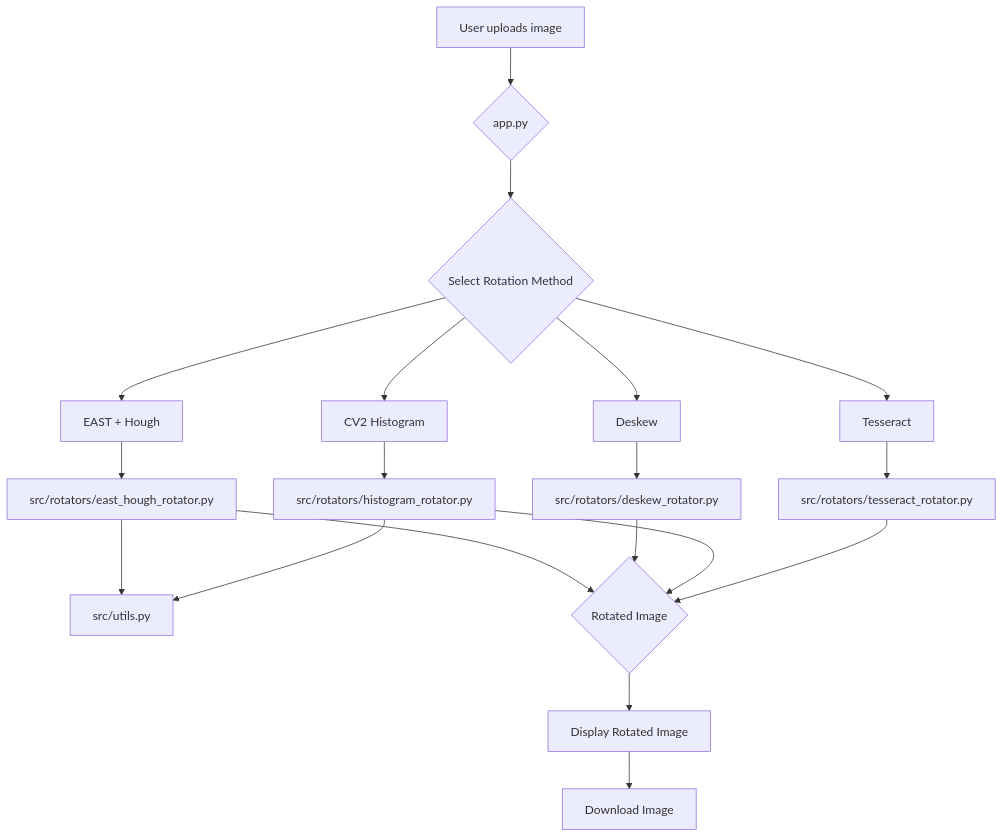
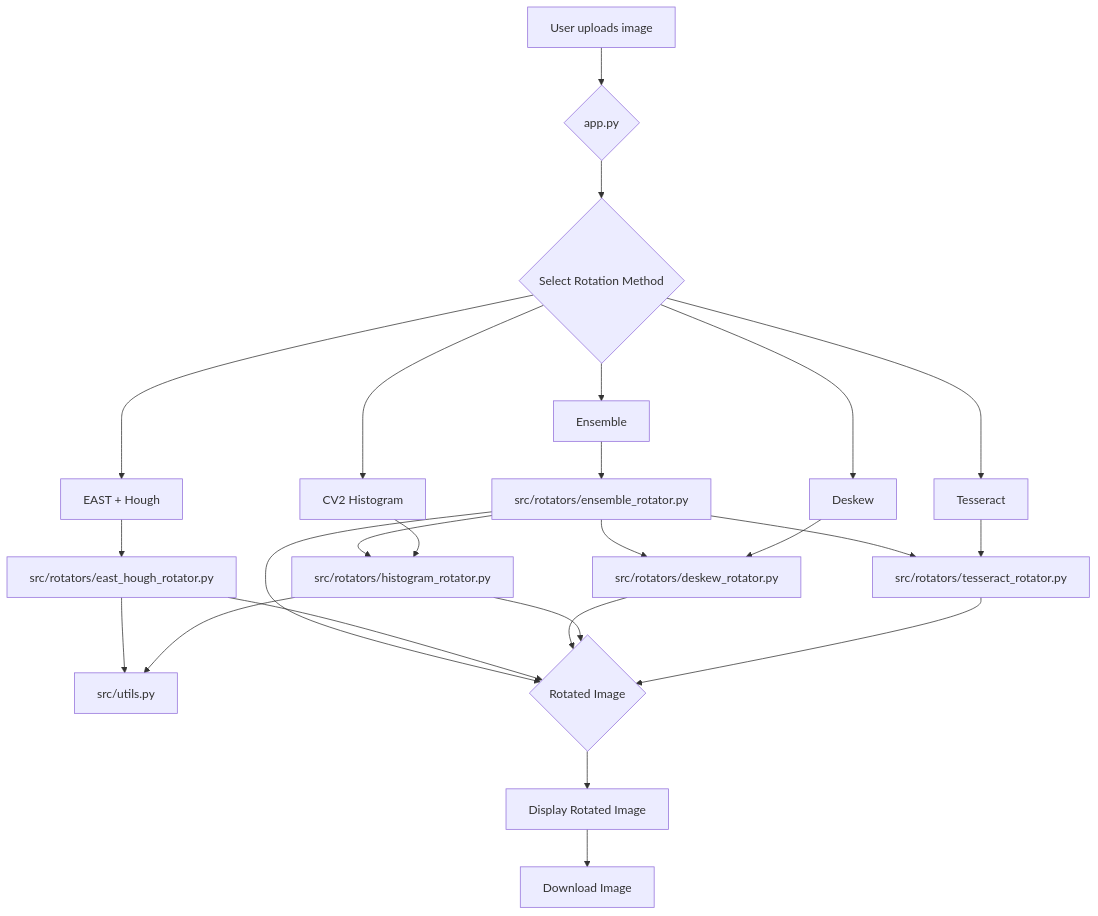
One commit to djinn09/image_rotate changed the diagram in README.md. Above: the diagram before and after it, drawn with Mermaid. The commit also changed other lines of this file and 2 other files, not shown here.

Commit message:
Add ensemble learning model
This commit adds an ensemble learning model to the project.

The main changes are:
- A new `ensemble_rotator.py` module has been added, which combines the predictions from the tesseract, histogram, and deskew models.
- The ensemble model has been integrated into the Streamlit app as a new option.
- The `README.md` file has been updated to include information about the new ensemble model.

````diff
--- a/README.md
+++ b/README.md
@@ -63,21 +65,27 @@
 ```mermaid
 graph TD
     A[User uploads image] --> B{app.py};
     B --> C{Select Rotation Method};
     C --> D[Tesseract];
     C --> E[CV2 Histogram];
     C --> F[Deskew];
     C --> G[EAST + Hough];
+    C --> P[Ensemble];
     D --> H[src/rotators/tesseract_rotator.py];
     E --> I[src/rotators/histogram_rotator.py];
     F --> J[src/rotators/deskew_rotator.py];
     G --> K[src/rotators/east_hough_rotator.py];
+    P --> Q[src/rotators/ensemble_rotator.py];
     I --> L[src/utils.py];
     K --> L;
+    Q --> H;
+    Q --> I;
+    Q --> J;
     H --> M{Rotated Image};
     I --> M;
     J --> M;
     K --> M;
+    Q --> M;
     M --> N[Display Rotated Image];
     N --> O[Download Image];
 ```
````
